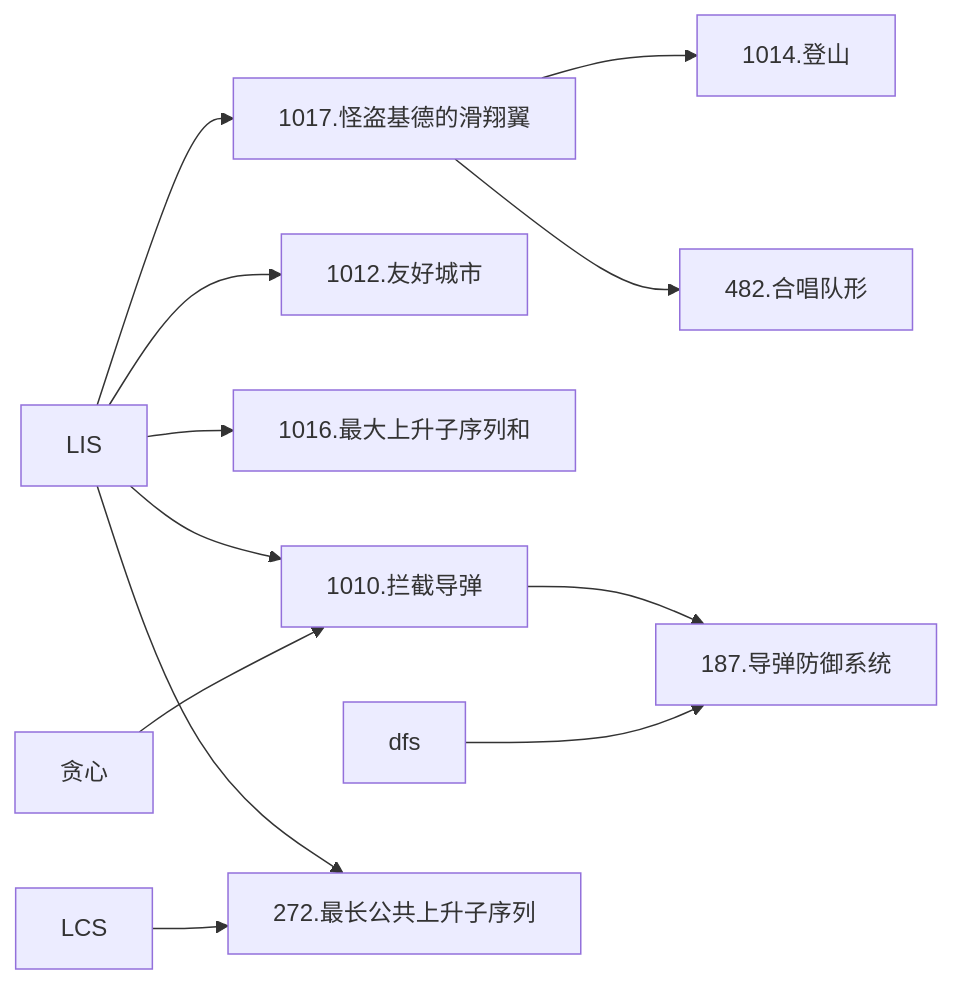
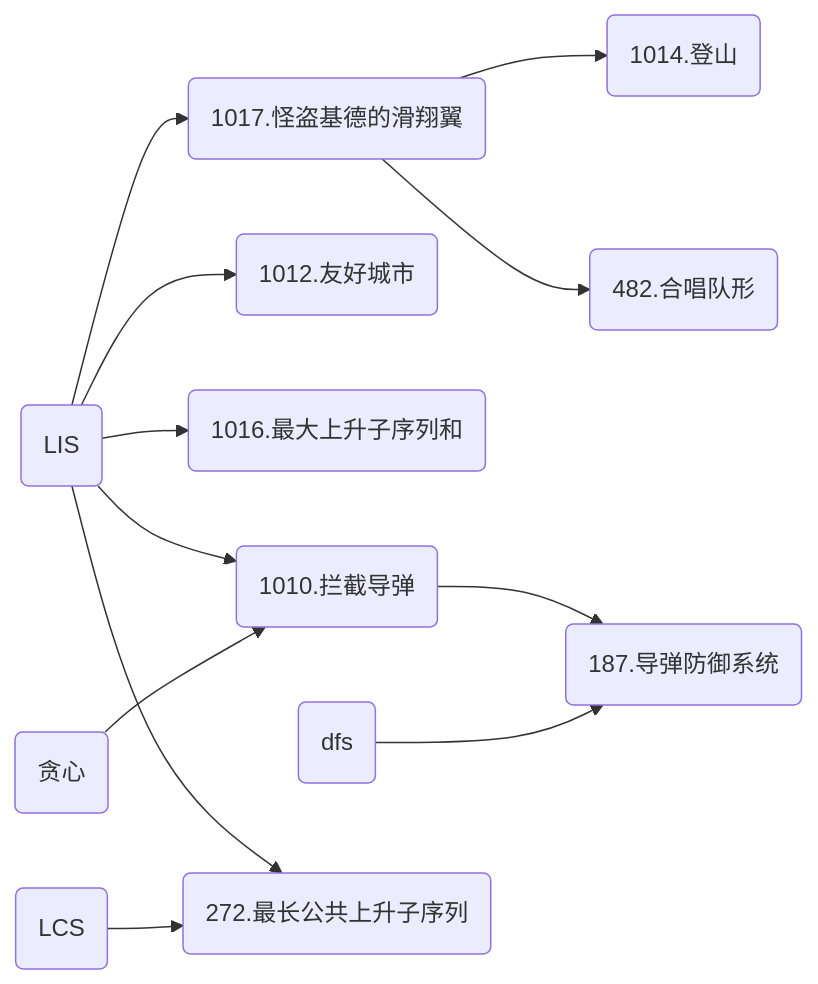
The diagram in 6*-动态规划进阶/6*.2-最长上升子序列模型（LIS）.md (cuberxl/Coders-Note), drawn with Mermaid before and after one commit. The commit also changed other lines of this file, not shown here.

Commit message:
6*-动态规划进阶/6*.2-最长上升子序列模型（LIS）.md updated from https://stackedit.cn/

````diff
--- a/6*-动态规划进阶/6*.2-最长上升子序列模型（LIS）.md
+++ b/6*-动态规划进阶/6*.2-最长上升子序列模型（LIS）.md
@@ -13,14 +13,14 @@
 ```mermaid
 graph LR
-A[LIS]-->B[1017.怪盗基德的滑翔翼]
-B-->C[1014.登山]
-B-->D[482.合唱队形]
-A-->E[1012.友好城市]
-A-->F[1016.最大上升子序列和]
-A-->G[1010.拦截导弹]
-H[贪心]-->G
-G-->I[187.导弹防御系统]
-J[dfs]-->I
-A-->K[272.最长公共上升子序列]
-L[LCS]-->K
+A(LIS)-->B(1017.怪盗基德的滑翔翼)
+B-->C(1014.登山)
+B-->D(482.合唱队形)
+A-->E(1012.友好城市)
+A-->F(1016.最大上升子序列和)
+A-->G(1010.拦截导弹)
+H(贪心)-->G
+G-->I(187.导弹防御系统)
+J(dfs)-->I
+A-->K(272.最长公共上升子序列)
+L(LCS)-->K
 ```
````
